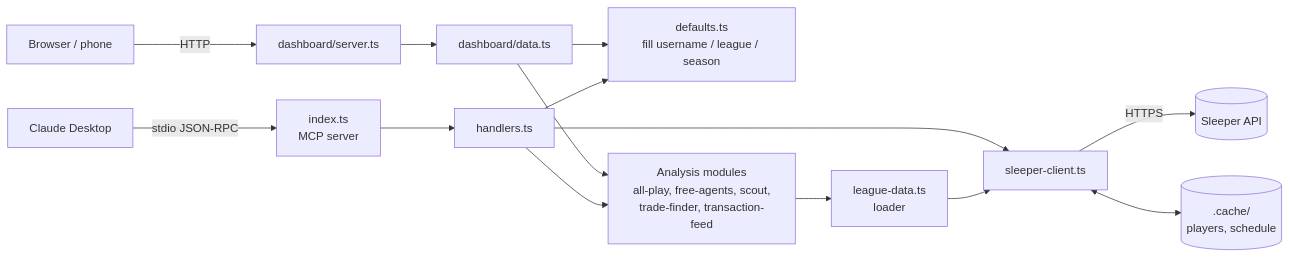
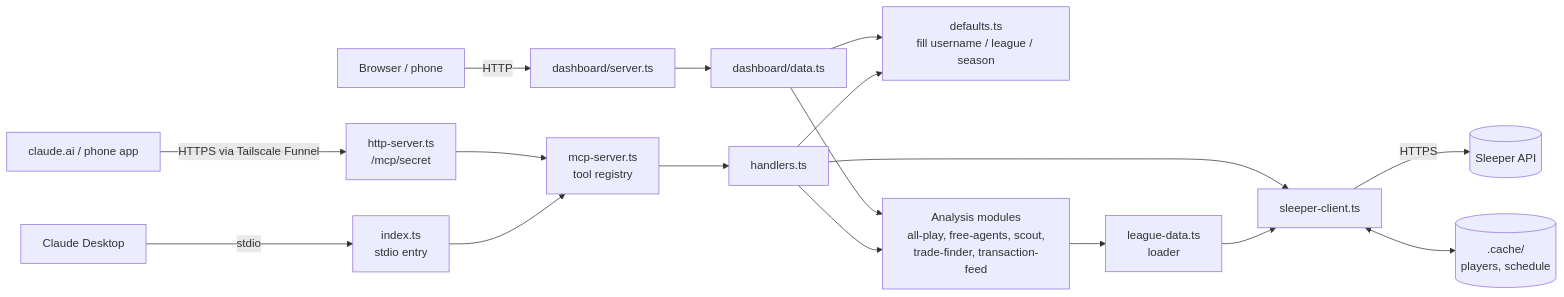
One commit to adnvanv/sleeper-mcp changed the diagram in PROJECT.md. Above: the diagram before and after it, drawn with Mermaid. The commit also changed other lines of this file and 12 other files, not shown here.

First line of the commit message:
Add HTTP mode for claude.ai connectors and the phone app

````diff
--- a/PROJECT.md
+++ b/PROJECT.md
@@ -54,16 +58,19 @@
 ```mermaid
 flowchart LR
-    CD[Claude Desktop] -- stdio JSON-RPC --> IDX[index.ts<br/>MCP server]
-    IDX --> H[handlers.ts]
+    CD[Claude Desktop] -- stdio --> IDX[index.ts<br/>stdio entry]
+    CA[claude.ai / phone app] -- HTTPS via Tailscale Funnel --> HTTP[http-server.ts<br/>/mcp/secret]
+    IDX --> MS[mcp-server.ts<br/>tool registry]
+    HTTP --> MS
+    MS --> H[handlers.ts]
     H --> DEF[defaults.ts<br/>fill username / league / season]
     H --> AN[Analysis modules<br/>all-play, free-agents, scout,<br/>trade-finder, transaction-feed]
     BR[Browser / phone] -- HTTP --> SRV[dashboard/server.ts]
     SRV --> DATA[dashboard/data.ts]
     DATA --> AN
     DATA --> DEF
     AN --> LD[league-data.ts<br/>loader]
     LD --> SC[sleeper-client.ts]
     H --> SC
     SC -- HTTPS --> API[(Sleeper API)]
     SC <--> CACHE[(.cache/<br/>players, schedule)]
 ```
````
